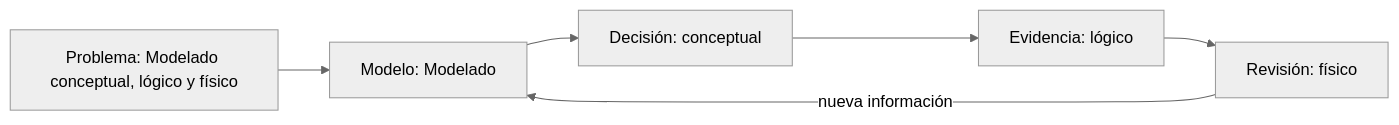
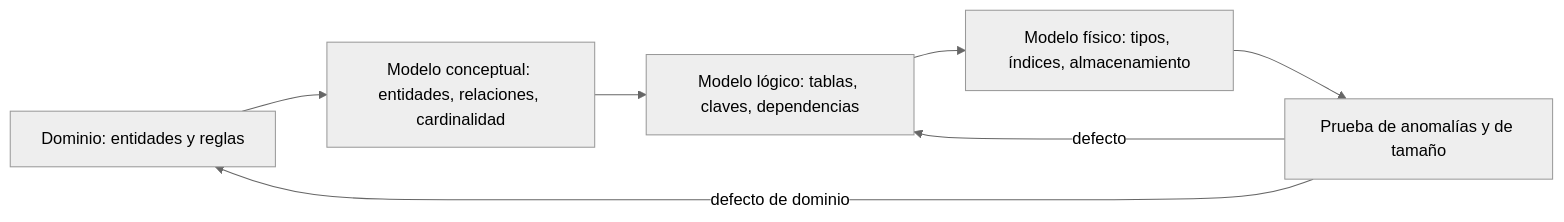
Before and after one commit to vladimiracunadev-create/modern-software-engineering-program: the diagram in classes/part-26-datos-persistencia-y-recuperacion/se-313-modelado-conceptual-logico-y-fisico/README.md, drawn with Mermaid (neutral theme). The commit also changed other lines of this file and 116 other files, not shown here.

````diff
--- a/classes/part-26-datos-persistencia-y-recuperacion/se-313-modelado-conceptual-logico-y-fisico/README.md
+++ b/classes/part-26-datos-persistencia-y-recuperacion/se-313-modelado-conceptual-logico-y-fisico/README.md
@@ -40,8 +54,9 @@
 ```mermaid
 flowchart LR
-    P["Problema: Modelado conceptual, lógico y físico"] --> M["Modelo: Modelado"]
-    M --> D["Decisión: conceptual"]
-    D --> E["Evidencia: lógico"]
-    E --> R["Revisión: físico"]
-    R -->|nueva información| M
+    A[Dominio: entidades y reglas] --> B[Modelo conceptual: entidades, relaciones, cardinalidad]
+    B --> C[Modelo lógico: tablas, claves, dependencias]
+    C --> D[Modelo físico: tipos, índices, almacenamiento]
+    D --> E[Prueba de anomalías y de tamaño]
+    E -->|defecto| C
+    E -->|defecto de dominio| A
 ```
````
